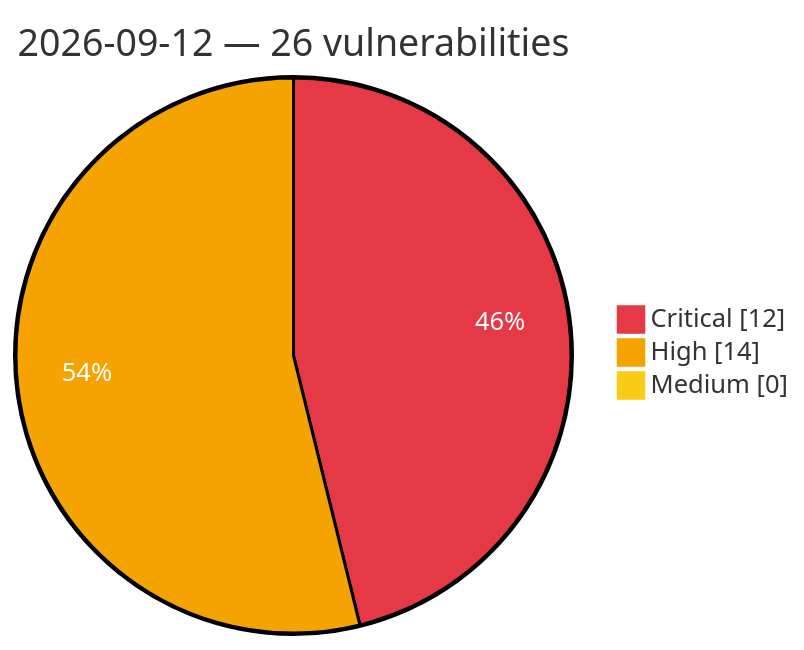
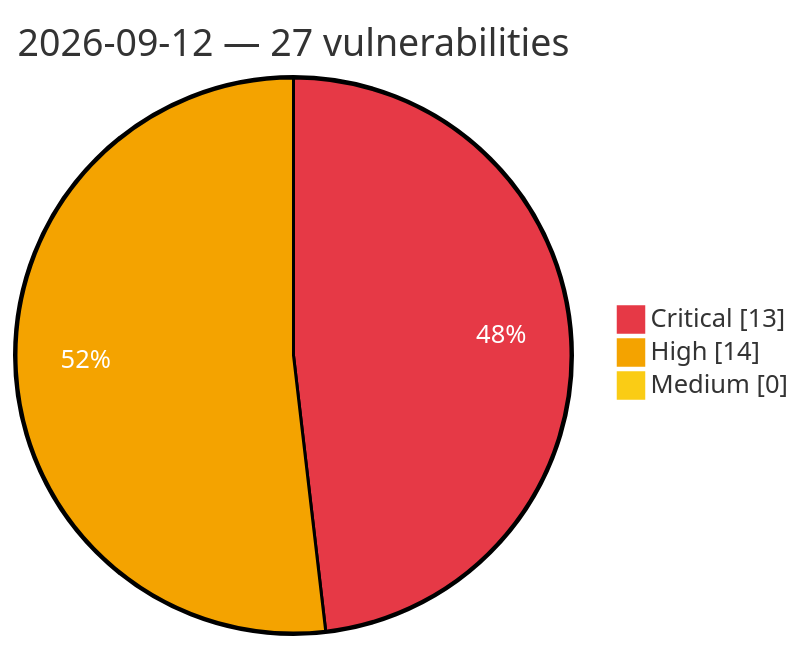
The diagram in vulnerabilities/2026/September/2026-09-12.md (GhostX0X/vuln-tracker), drawn with Mermaid before and after one commit. The commit also changed other lines of this file and 5 other files, not shown here.

````diff
--- a/vulnerabilities/2026/September/2026-09-12.md
+++ b/vulnerabilities/2026/September/2026-09-12.md
@@ -3,8 +3,8 @@
 ```mermaid
 %%{init: {'theme':'base', 'themeVariables': {'pie1':'#e63946', 'pie2':'#f4a300', 'pie3':'#facc15', 'pieOpacity':'1', 'pieOuterStrokeWidth':'2px', 'pieSectionTextColor':'#ffffff'}}}%%
 pie showData
-    title 2026-09-12 — 26 vulnerabilities
-    "Critical" : 12
+    title 2026-09-12 — 27 vulnerabilities
+    "Critical" : 13
     "High" : 14
     "Medium" : 0
 ```
````
